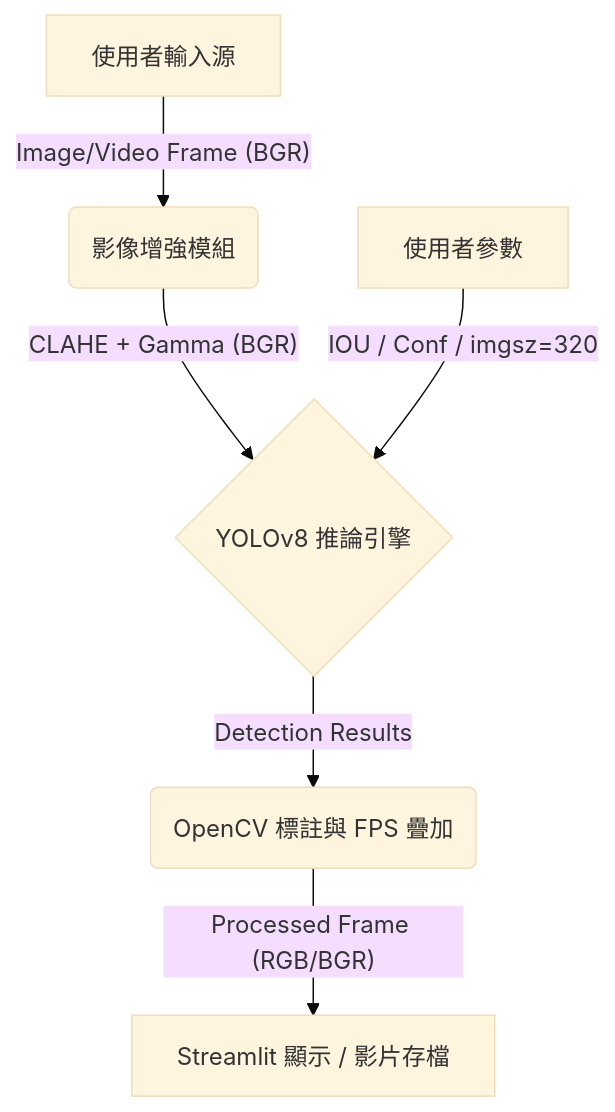
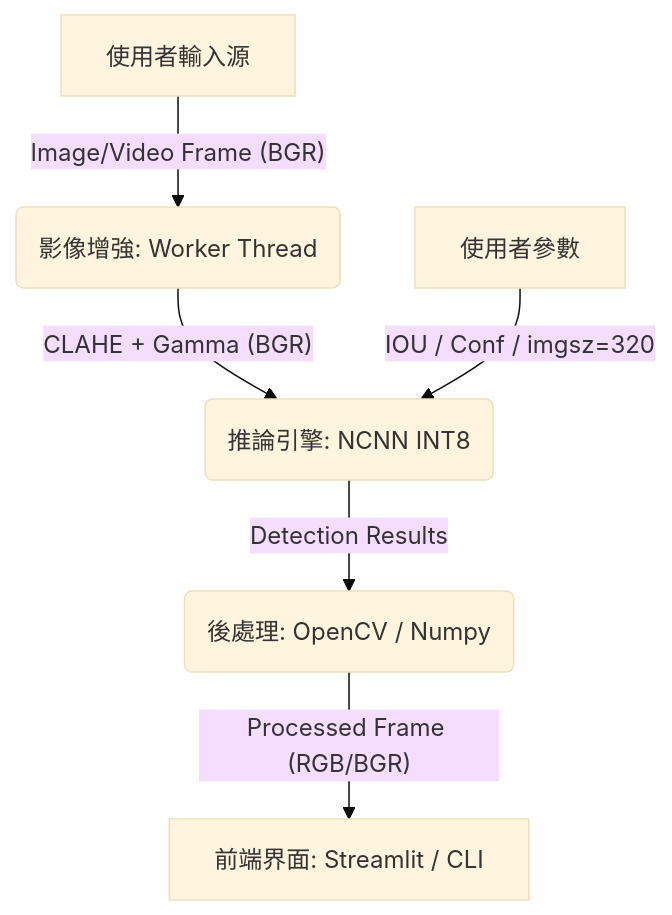
The second of 3 diagrams in README.md (hank921109/114-2-Fire_Smoke_Detection), drawn with Mermaid (base theme) before and after one commit. The commit also changed other lines of this file, not shown here.

Commit message:
docs: update NCNN description, fix DFD shapes, and align block names in README

````diff
--- a/README.md
+++ b/README.md
@@ -86,8 +87,8 @@
 ```mermaid
 graph TD
-    A[使用者輸入源] -- "Image/Video Frame (BGR)" --> B(影像增強模組)
-    B -- "CLAHE + Gamma (BGR)" --> C{YOLOv8 推論引擎}
+    A[使用者輸入源] -- "Image/Video Frame (BGR)" --> B(影像增強: Worker Thread)
+    B -- "CLAHE + Gamma (BGR)" --> C(推論引擎: NCNN INT8)
     P[使用者參數] -- "IOU / Conf / imgsz=320" --> C
-    C -- "Detection Results" --> D(OpenCV 標註與 FPS 疊加)
-    D -- "Processed Frame (RGB/BGR)" --> E[Streamlit 顯示 / 影片存檔]
+    C -- "Detection Results" --> D(後處理: OpenCV / Numpy)
+    D -- "Processed Frame (RGB/BGR)" --> E[前端界面: Streamlit / CLI]
 ```
````
